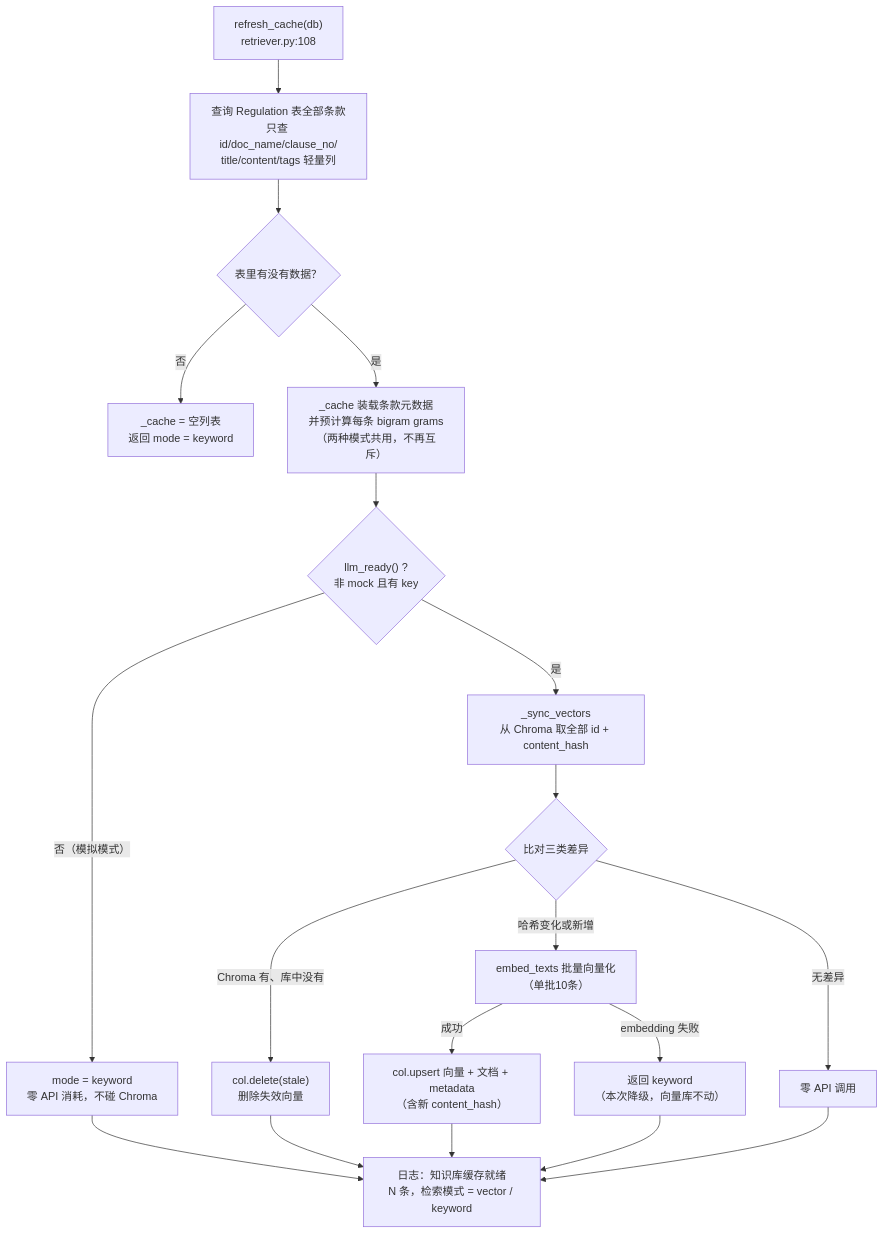
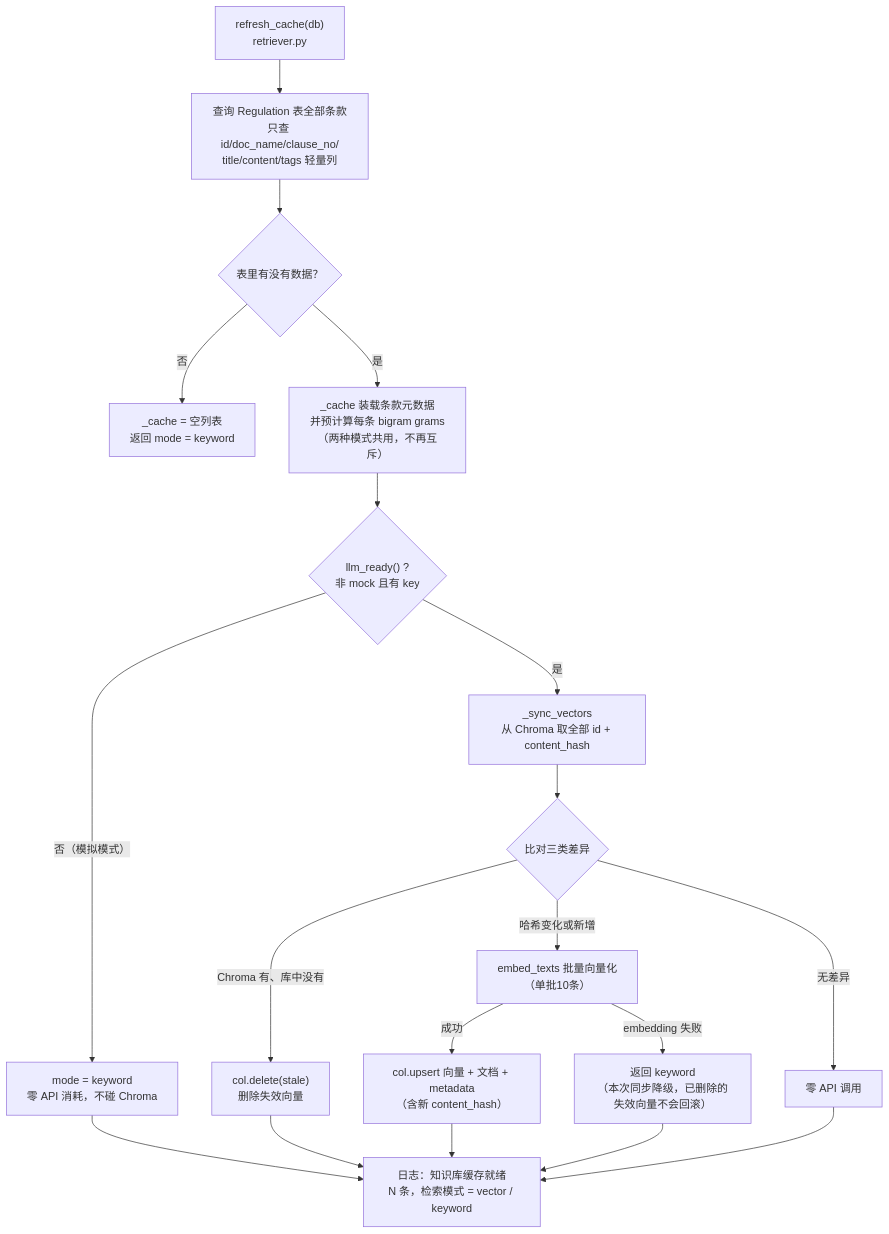
Before and after one commit to pandaadsas/zhuan-cloud: the second of 4 diagrams in docs/RAG检索实现分析.md, drawn with Mermaid. The commit also changed other lines of this file and 5 other files, not shown here.

````diff
--- a/docs/RAG检索实现分析.md
+++ b/docs/RAG检索实现分析.md
@@ -69,19 +69,19 @@
 ```mermaid
 flowchart TD
-    A["refresh_cache(db)<br/>retriever.py:108"] --> B["查询 Regulation 表全部条款<br/>只查 id/doc_name/clause_no/<br/>title/content/tags 轻量列"]
+    A["refresh_cache(db)<br/>retriever.py"] --> B["查询 Regulation 表全部条款<br/>只查 id/doc_name/clause_no/<br/>title/content/tags 轻量列"]
     B --> C{"表里有没有数据？"}
     C -- "否" --> D["_cache = 空列表<br/>返回 mode = keyword"]
     C -- "是" --> E["_cache 装载条款元数据<br/>并预计算每条 bigram grams<br/>（两种模式共用，不再互斥）"]
     E --> F{"llm_ready() ?<br/>非 mock 且有 key"}
     F -- "否（模拟模式）" --> N["mode = keyword<br/>零 API 消耗，不碰 Chroma"]
     F -- "是" --> G["_sync_vectors<br/>从 Chroma 取全部 id + content_hash"]
     G --> H{"比对三类差异"}
     H -- "Chroma 有、库中没有" --> I["col.delete(stale)<br/>删除失效向量"]
     H -- "哈希变化或新增" --> J["embed_texts 批量向量化<br/>（单批10条）"]
     H -- "无差异" --> K["零 API 调用"]
     J -- "成功" --> L["col.upsert 向量 + 文档 + metadata<br/>（含新 content_hash）"]
-    J -- "embedding 失败" --> M["返回 keyword<br/>（本次降级，向量库不动）"]
+    J -- "embedding 失败" --> M["返回 keyword<br/>（本次同步降级，已删除的失效向量不会回滚）"]
     I & L & K --> O["日志：知识库缓存就绪<br/>N 条，检索模式 = vector / keyword"]
     M --> O
     N --> O
 ```
````
